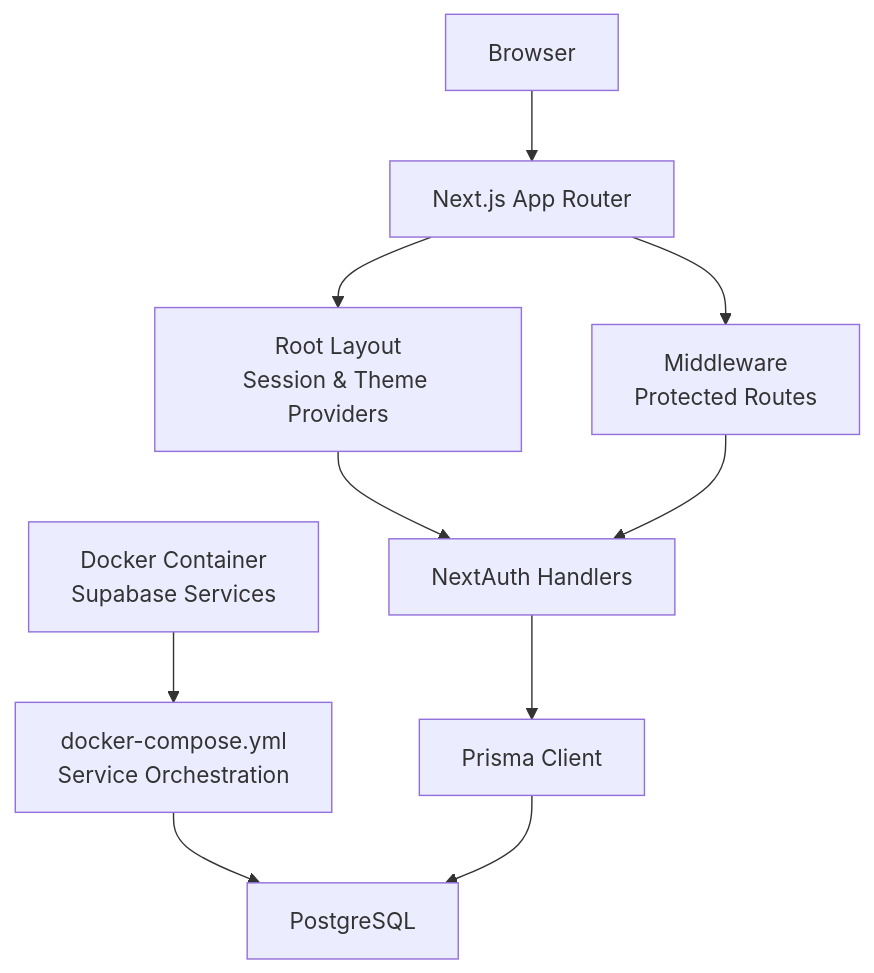
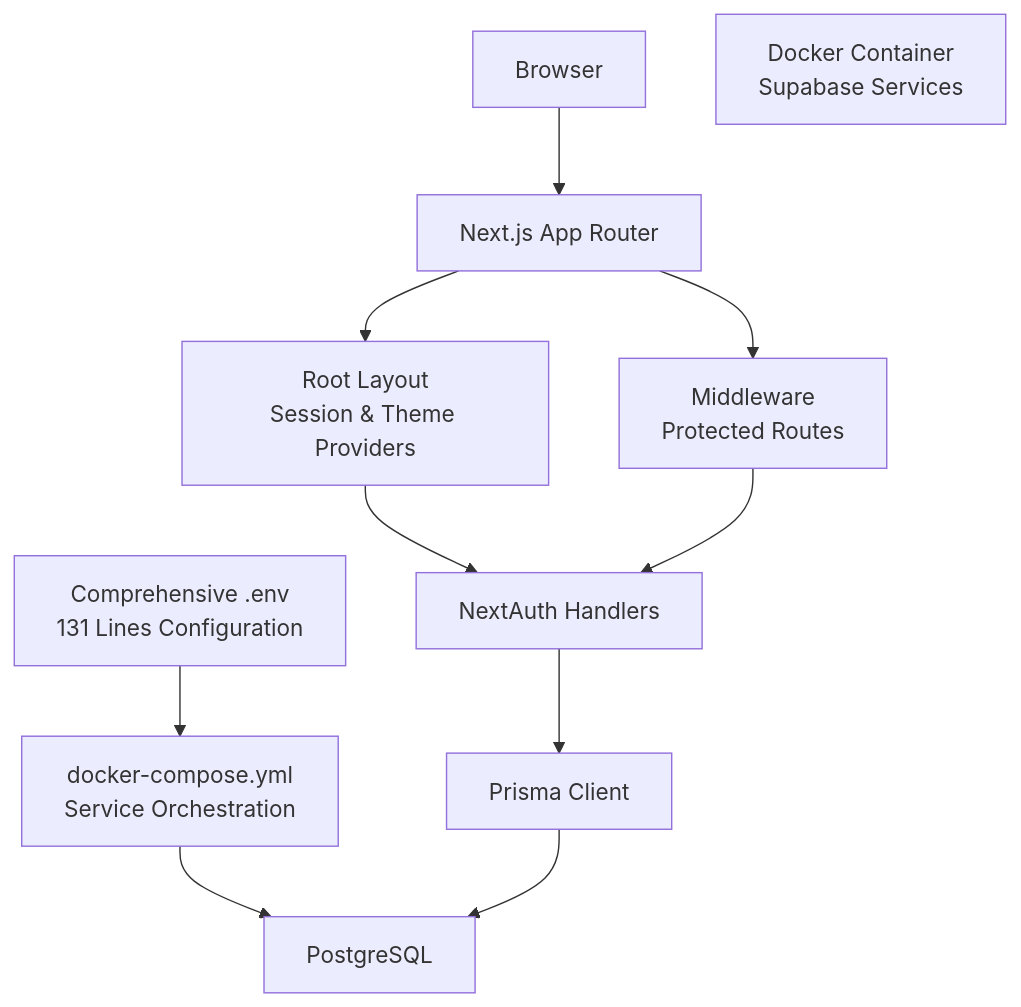
Before and after one commit to AlexKutz/math-app-next-js: the second of 6 diagrams in .qoder/repowiki/en/content/Development Guide.md, drawn with Mermaid. The commit also changed other lines of this file and 125 other files, not shown here.

````diff
--- a/.qoder/repowiki/en/content/Development Guide.md
+++ b/.qoder/repowiki/en/content/Development Guide.md
@@ -165,21 +270,22 @@
 ```mermaid
 graph TB
 CLIENT["Browser"]
 NEXT["Next.js App Router"]
 LAYOUT["Root Layout<br/>Session & Theme Providers"]
 MW["Middleware<br/>Protected Routes"]
 AUTH["NextAuth Handlers"]
 PRISMA["Prisma Client"]
 DB["PostgreSQL"]
 DOCKER["Docker Container<br/>Supabase Services"]
 COMPOSE["docker-compose.yml<br/>Service Orchestration"]
-DOCKER --> COMPOSE
+ENV["Comprehensive .env<br/>131 Lines Configuration"]
 COMPOSE --> DB
+ENV --> COMPOSE
 CLIENT --> NEXT
 NEXT --> LAYOUT
 NEXT --> MW
 LAYOUT --> AUTH
 AUTH --> PRISMA
 PRISMA --> DB
 MW --> AUTH
 ```
````
